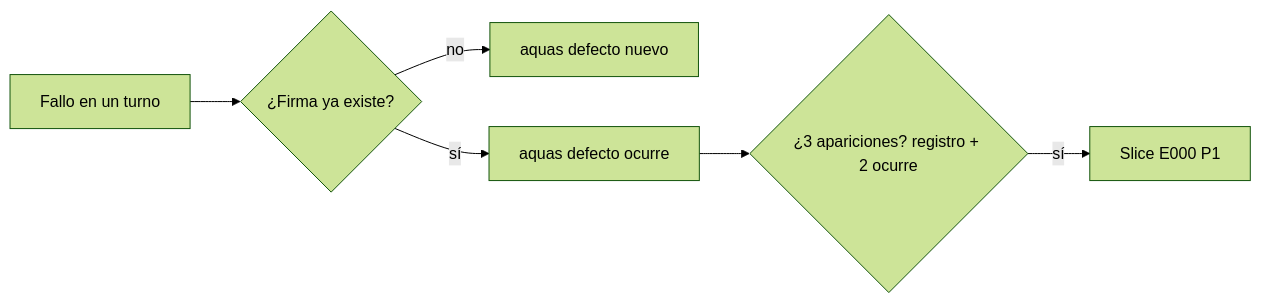
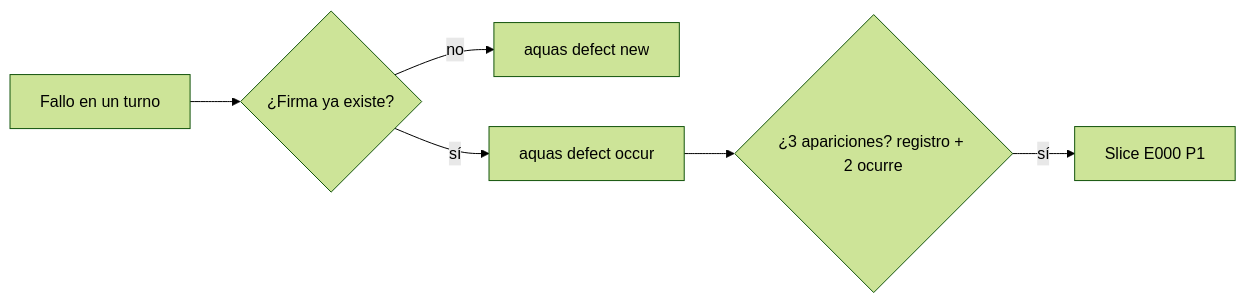
One commit to jliberal-aquas/aquas-central-harness-government changed the first of 2 diagrams in docs/E001/F004/README.md. Above: the diagram before and after it, drawn with Mermaid (forest theme). The commit also changed other lines of this file and 184 other files, not shown here.

````diff
--- a/docs/E001/F004/README.md
+++ b/docs/E001/F004/README.md
@@ -36,8 +36,8 @@
 ```mermaid
 flowchart LR
     F["Fallo en un turno"] --> R{"¿Firma ya existe?"}
-    R -- "no" --> N["aquas defecto nuevo"]
-    R -- "sí" --> O["aquas defecto ocurre"]
+    R -- "no" --> N["aquas defect new"]
+    R -- "sí" --> O["aquas defect occur"]
     O --> U{"¿3 apariciones? registro + 2 ocurre"}
     U -- "sí" --> S["Slice E000 P1"]
 ```
````
